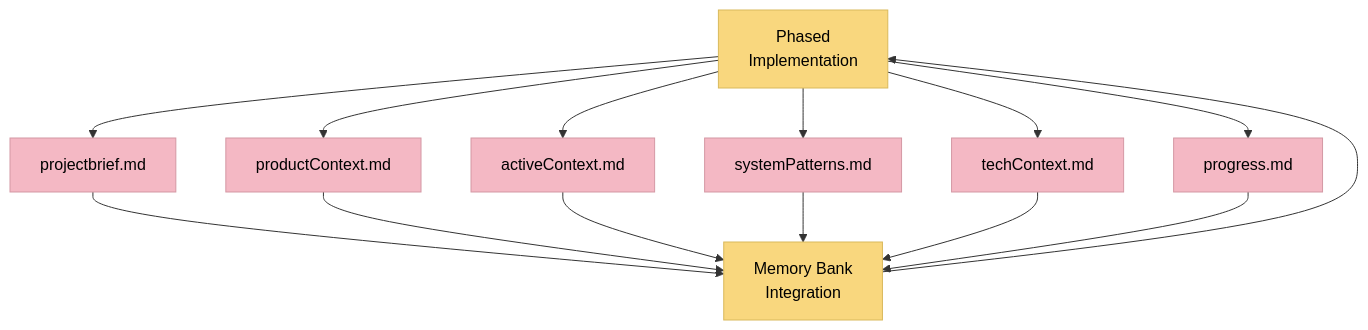
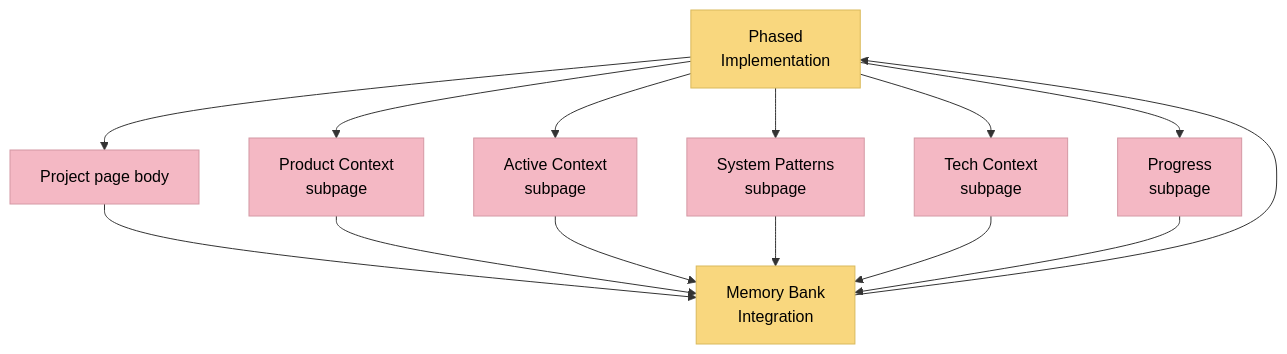
One commit to xianzhu21/cursor-memory-notion changed the sixth of 6 diagrams in .cursor/rules/isolation_rules/Level4/phased-implementation.mdc. Above: the diagram before and after it, drawn with Mermaid. The commit also changed other lines of this file and 37 other files, not shown here.

````diff
--- a/.cursor/rules/isolation_rules/Level4/phased-implementation.mdc
+++ b/.cursor/rules/isolation_rules/Level4/phased-implementation.mdc
@@ -518,18 +518,18 @@
 ```mermaid
 flowchart TD
     classDef memfile fill:#f4b8c4,stroke:#d498a4,color:#000
     classDef process fill:#f9d77e,stroke:#d9b95c,color:#000
     
-    Implementation[Phased<br>Implementation] --> PB[projectbrief.md]
-    Implementation --> PC[productContext.md]
-    Implementation --> AC[activeContext.md]
-    Implementation --> SP[systemPatterns.md]
-    Implementation --> TC[techContext.md]
-    Implementation --> P[progress.md]
+    Implementation[Phased<br>Implementation] --> PB["Project page body"]
+    Implementation --> PC["Product Context<br>subpage"]
+    Implementation --> AC["Active Context<br>subpage"]
+    Implementation --> SP["System Patterns<br>subpage"]
+    Implementation --> TC["Tech Context<br>subpage"]
+    Implementation --> P["Progress<br>subpage"]
     
     PB & PC & AC & SP & TC & P --> MBI[Memory Bank<br>Integration]
     MBI --> Implementation
     
     class PB,PC,AC,SP,TC,P memfile
     class Implementation,MBI process
 ```
````
